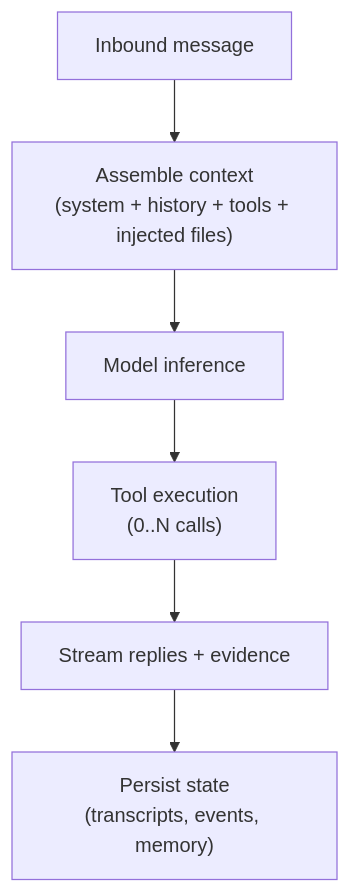
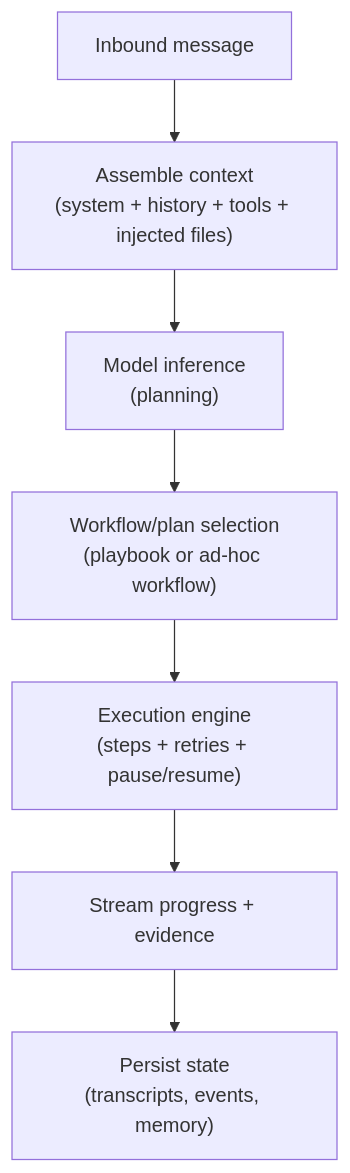
The diagram in docs/architecture/agent-loop.md (tyrumai/tyrum), drawn with Mermaid before and after one commit. The commit also changed other lines of this file and 21 other files, not shown here.

First line of the commit message:
docs: update architecture documentation and improve approval processes

````diff
--- a/docs/architecture/agent-loop.md
+++ b/docs/architecture/agent-loop.md
@@ -9,8 +9,9 @@
 ```mermaid
 flowchart TB
   IN["Inbound message"] --> ASM["Assemble context<br/>(system + history + tools + injected files)"]
-  ASM --> INF["Model inference"]
-  INF --> ACT["Tool execution<br/>(0..N calls)"]
-  ACT --> OUT["Stream replies + evidence"]
+  ASM --> INF["Model inference<br/>(planning)"]
+  INF --> WF["Workflow/plan selection<br/>(playbook or ad-hoc workflow)"]
+  WF --> ENG["Execution engine<br/>(steps + retries + pause/resume)"]
+  ENG --> OUT["Stream progress + evidence"]
   OUT --> PERSIST["Persist state<br/>(transcripts, events, memory)"]
 ```
````
